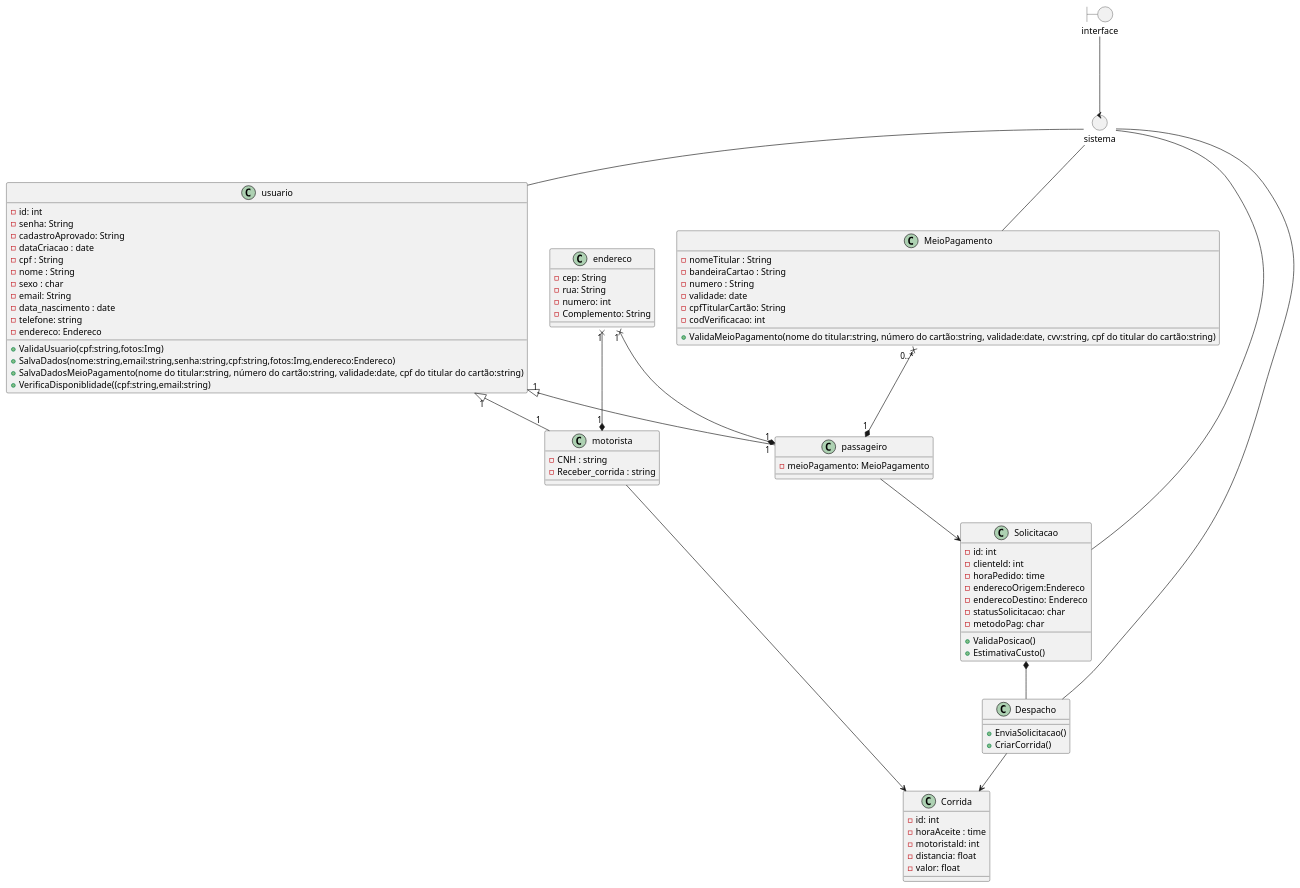
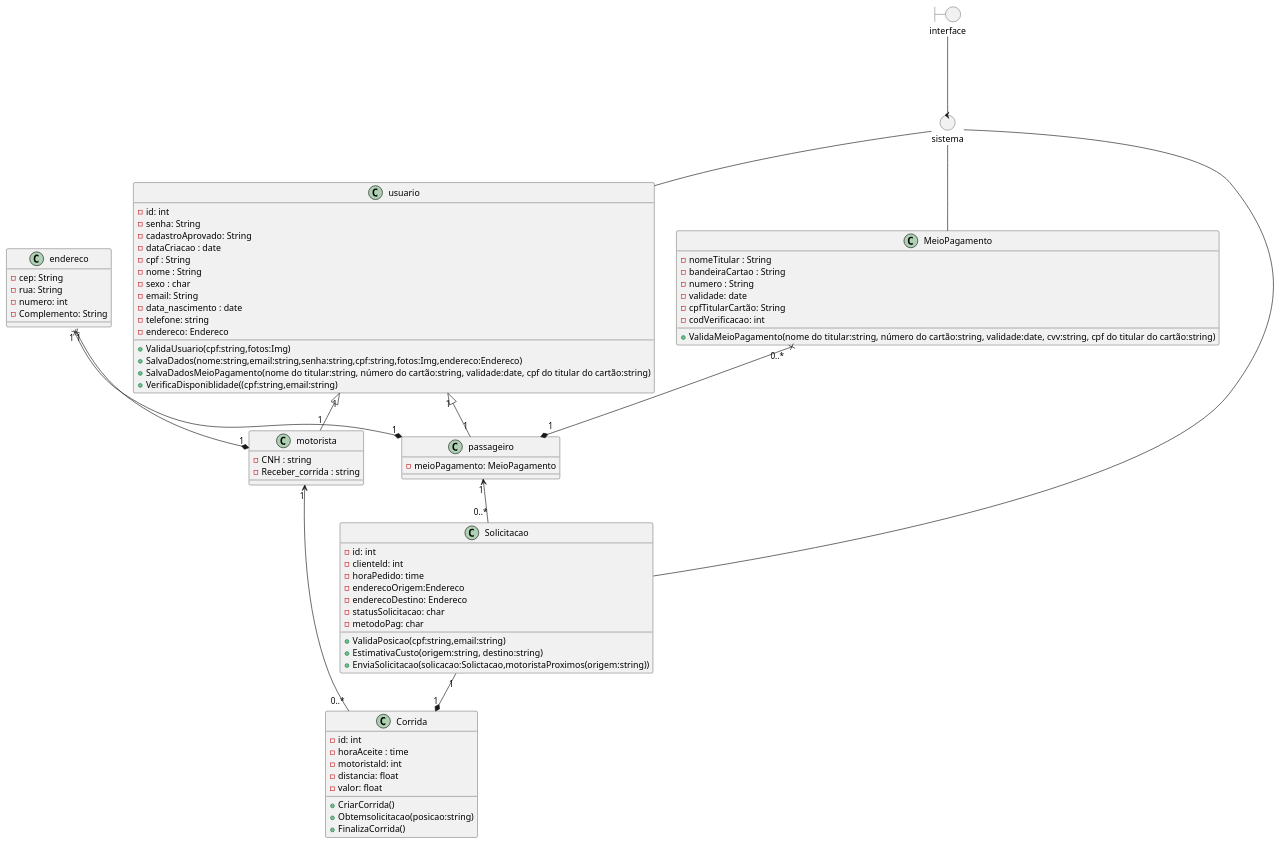
Before and after one commit to XMATHEUSX/UML: the diagram in Sprint_2/deploy.puml, drawn with PlantUML. The commit also changed 5 other files, not shown here.

```diff
--- a/Sprint_2/deploy.puml
+++ b/Sprint_2/deploy.puml
@@ -1,101 +1,102 @@
 @startuml
 allowmixing
 
 boundary interface
 
 control sistema
 
 class usuario {
 - id: int
 - senha: String 
 - cadastroAprovado: String 
 - dataCriacao : date
 - cpf : String
 - nome : String
 - sexo : char
 - email: String
 - data_nascimento : date
 - telefone: string
 - endereco: Endereco
 + ValidaUsuario(cpf:string,fotos:Img)
 + SalvaDados(nome:string,email:string,senha:string,cpf:string,fotos:Img,endereco:Endereco)
 + SalvaDadosMeioPagamento(nome do titular:string, número do cartão:string, validade:date, cpf do titular do cartão:string)
 + VerificaDisponiblidade((cpf:string,email:string)
 
 }
 
 class motorista
 {
 - CNH : string
 - Receber_corrida : string
 }
 
 class passageiro 
 {
 
 - meioPagamento: MeioPagamento
 
 }
 class endereco
 {
 - cep: String
 - rua: String
 - numero: int
 - Complemento: String
 }
 
 class MeioPagamento
 {
 - nomeTitular : String 
 - bandeiraCartao : String
 - numero : String
 - validade: date
 - cpfTitularCartão: String
 - codVerificacao: int
 + ValidaMeioPagamento(nome do titular:string, número do cartão:string, validade:date, cvv:string, cpf do titular do cartão:string)
 } 
 
 class Solicitacao {
 - id: int
 - clienteld: int
 - horaPedido: time
 - enderecoOrigem:Endereco 
 - enderecoDestino: Endereco 
 - statusSolicitacao: char
 - metodoPag: char
-+ ValidaPosicao()
-+ EstimativaCusto()
++ ValidaPosicao(cpf:string,email:string)
++ EstimativaCusto(origem:string, destino:string)
++ EnviaSolicitacao(solicacao:Solictacao,motoristaProximos(origem:string))
 }
 
 
 class Corrida {
 - id: int
 - horaAceite : time
 - motoristald: int
 - distancia: float
 - valor: float
++ CriarCorrida()
++ Obtemsolicitacao(posicao:string) 
++ FinalizaCorrida()
 }
 
-class Despacho {
-+ EnviaSolicitacao()
-+ CriarCorrida()
-}
 
 interface --- sistema
 
 passageiro "1" *-up-x "0..*" MeioPagamento
 passageiro "1" *-up-x "1" endereco
 motorista "1" *-up-x "1" endereco
 usuario "1" <|-down- "1" motorista
 usuario "1" <|-right- "1" passageiro
+
+passageiro"1" <-- "0..*"Solicitacao
+motorista "1"<-- "0..*"Corrida
+Solicitacao"1" --* "1"Corrida
+
 sistema -- usuario
 sistema -- MeioPagamento
 sistema -- Solicitacao
-sistema -- Despacho
 
-passageiro --> Solicitacao
-motorista --> Corrida
-Solicitacao *-- Despacho
-Despacho --> Corrida
+
 
 @enduml
```
